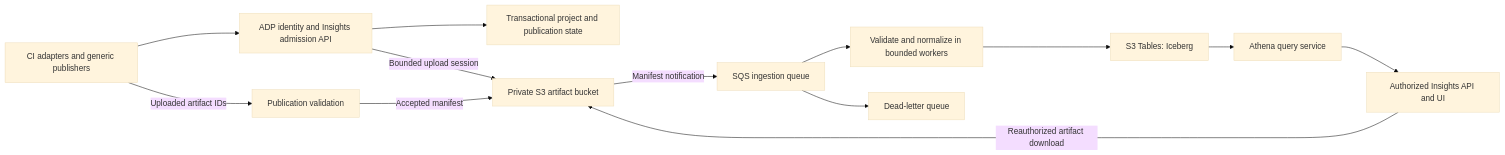
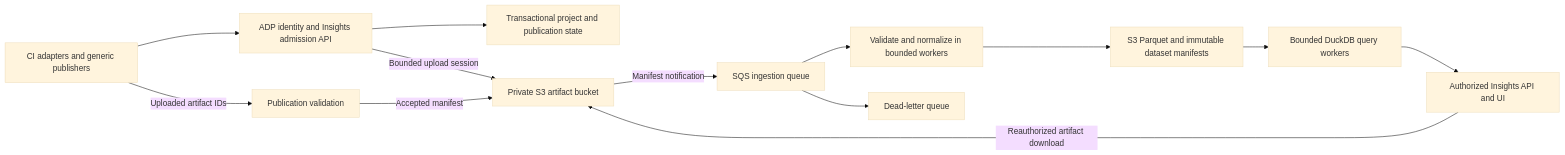
Before and after one commit to awslabs/agentic-developer-platform: the diagram in docs/engineering-insights/README.md, drawn with Mermaid (base theme). The commit also changed other lines of this file and 7254 other files, not shown here.

````diff
--- a/docs/engineering-insights/README.md
+++ b/docs/engineering-insights/README.md
@@ -237,15 +433,15 @@
 ```mermaid
 flowchart LR
     A[CI adapters and generic publishers] --> B[ADP identity and Insights admission API]
     B --> C[Transactional project and publication state]
     B -->|Bounded upload session| D[Private S3 artifact bucket]
     A -->|Uploaded artifact IDs| E[Publication validation]
     E -->|Accepted manifest| D
     D -->|Manifest notification| F[SQS ingestion queue]
     F --> G[Validate and normalize in bounded workers]
-    G --> H[S3 Tables: Iceberg]
-    H --> I[Athena query service]
+    G --> H[S3 Parquet and immutable dataset manifests]
+    H --> I[Bounded DuckDB query workers]
     I --> J[Authorized Insights API and UI]
     J -->|Reauthorized artifact download| D
     F --> K[Dead-letter queue]
 ```
````
